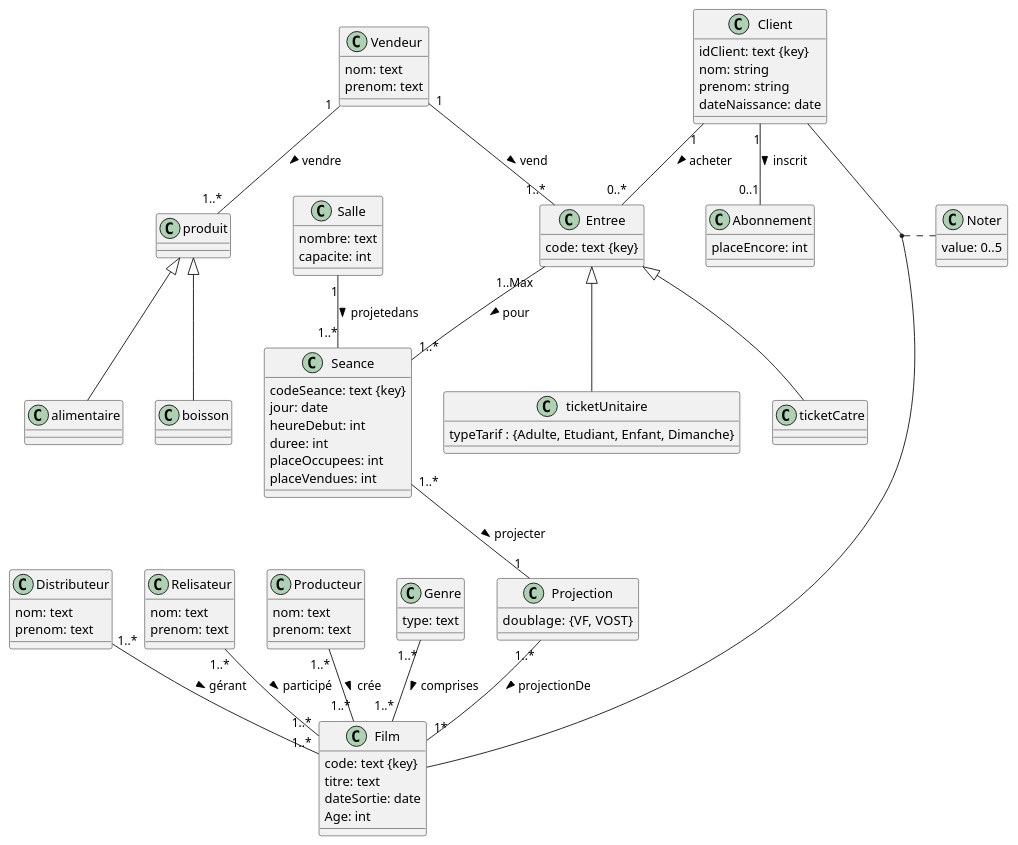
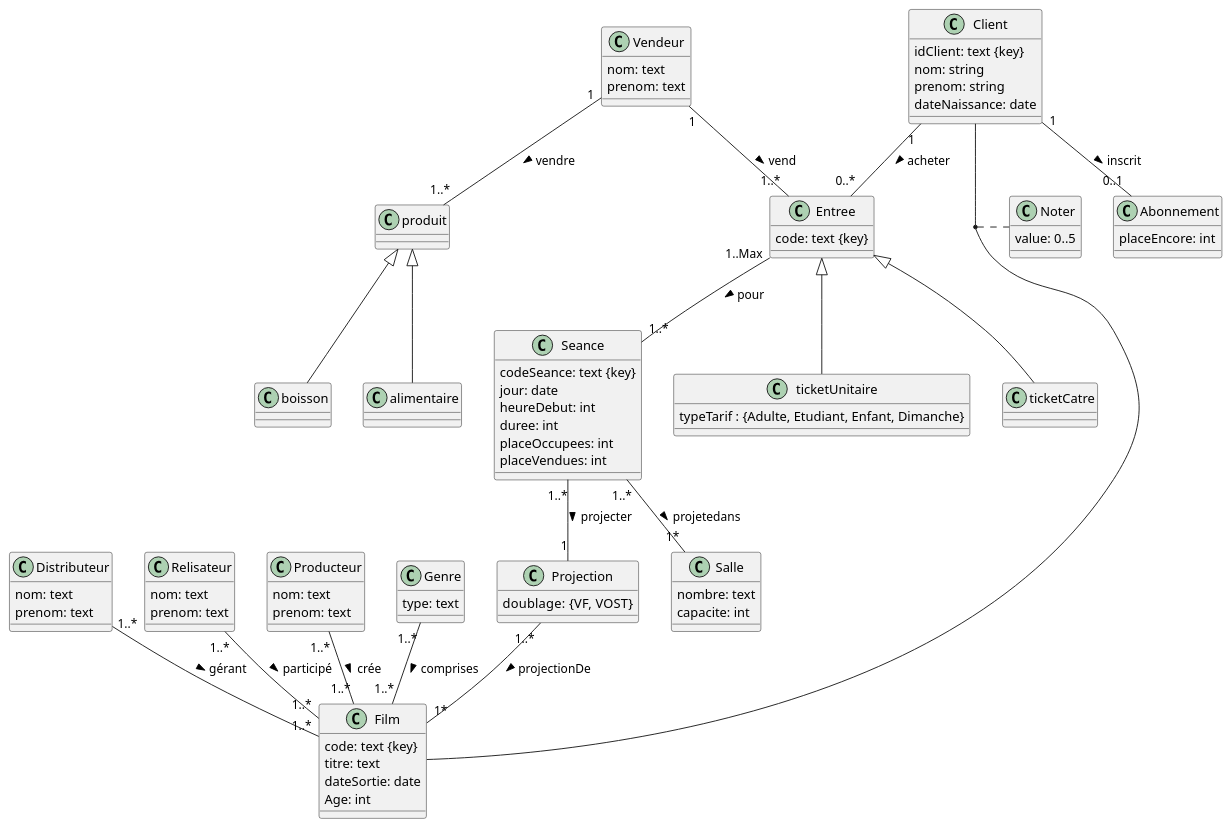
The diagram in MCDProjet2.plantuml (hoxuanvinh1999/NF17_Complexe_Cinematographique), drawn with PlantUML before and after one commit.

```diff
--- a/MCDProjet2.plantuml
+++ b/MCDProjet2.plantuml
@@ -1,111 +1,111 @@
   @startuml
   class Film{
    code: text {key}
    titre: text
    dateSortie: date
    Age: int
   }
   class Distributeur{
    nom: text
    prenom: text
   }
   class Relisateur{
    nom: text
    prenom: text
   }
   class Producteur{
    nom: text
    prenom: text
   }
   class Genre{
    type: text
   }
    Distributeur "1..*" -- "1..*" Film : gérant >
    Relisateur "1..*" -- "1..*" Film : participé >
    Producteur "1..*" -- "1..*" Film : crée >
    Genre "1..*" -- "1..*" Film : comprises >
 
 
 
 
   class Seance{
    codeSeance: text {key}
    jour: date
    heureDebut: int
    duree: int
    placeOccupees: int
    placeVendues: int
   }
 
   class Vendeur{
     nom: text
     prenom: text
   }
 
   class produit{
   }
 
   class boisson {
   }
 
   class alimentaire{
   }
 
 
   class Projection{
    doublage:  {VF, VOST}
   }
 
   class Salle{
     nombre: text
     capacite: int
   }
 
-  Salle "1" -- "1..*" Seance :  projetedans >
+  Seance "1..*" -- "1*" Salle :  projetedans >
   Vendeur "1" -- "1..*" Entree : vend >
   Vendeur "1" -- "1..*" produit : vendre >
   produit <|-- boisson
   produit <|-- alimentaire
 
 
 
   class Client{
    idClient: text {key}
    nom: string
    prenom: string
    dateNaissance: date
   }
   class Noter{
    value: 0..5
   }
 
   class Entree{
    code: text {key}
   }
 
   class ticketUnitaire{
     typeTarif : {Adulte, Etudiant, Enfant, Dimanche}
   }
   class ticketCatre{
   }
 
   class Abonnement {
    placeEncore: int
   }
 
 
 
   (Client, Film) .. Noter
 
   Seance "1..*" -- "1" Projection : projecter >
   Projection "1..*" -- "1*" Film : projectionDe >
 
   Client "1" -- "0..*" Entree : acheter >
   Entree "1..Max" -- "1..*" Seance : pour >
 
   Entree <|-- ticketCatre
   Entree <|-- ticketUnitaire
 
   Client "1" -- "0..1" Abonnement : inscrit >
 
   @enduml
```
